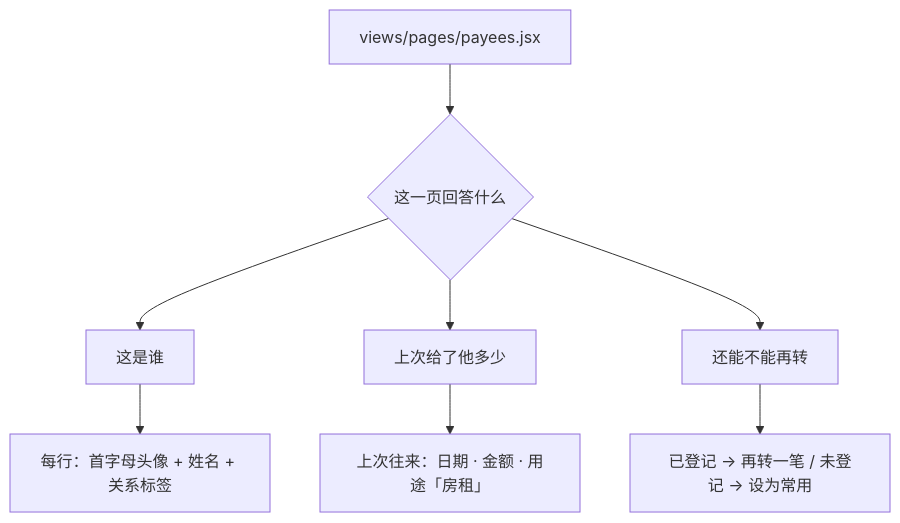
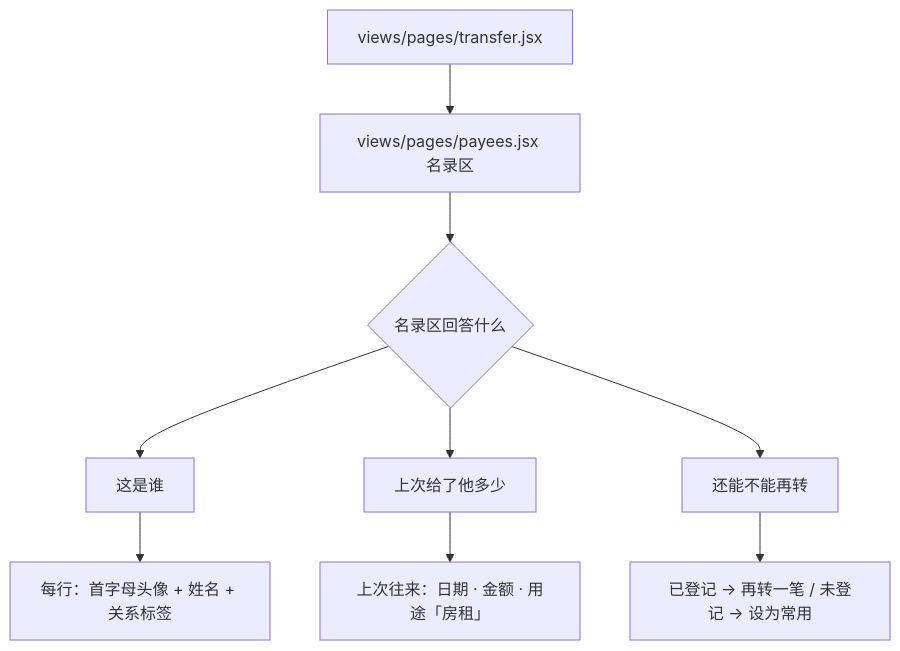
Before and after one commit to weiqing010305-art/bk-agent: diagram 25 of 33 in doc/ARCHITECTURE.md, drawn with Mermaid. The commit also changed other lines of this file and 31 other files, not shown here.

Commit message:
feat: refine bank assistant layout and transfer flow

````diff
--- a/doc/ARCHITECTURE.md
+++ b/doc/ARCHITECTURE.md
@@ -649,10 +649,11 @@
 ```mermaid
 flowchart TB
-    PAGE["views/pages/payees.jsx"] --> Q{"这一页回答什么"}
+    TRANSFER["views/pages/transfer.jsx"] --> PAGE["views/pages/payees.jsx 名录区"]
+    PAGE --> Q{"名录区回答什么"}
     Q --> Q1["这是谁"]
     Q --> Q2["上次给了他多少"]
     Q --> Q3["还能不能再转"]
     Q1 --> ROW["每行：首字母头像 + 姓名 + 关系标签"]
     Q2 --> ROW2["上次往来：日期 · 金额 · 用途「房租」"]
     Q3 --> ROW3["已登记 → 再转一笔 / 未登记 → 设为常用"]
 ```
````
